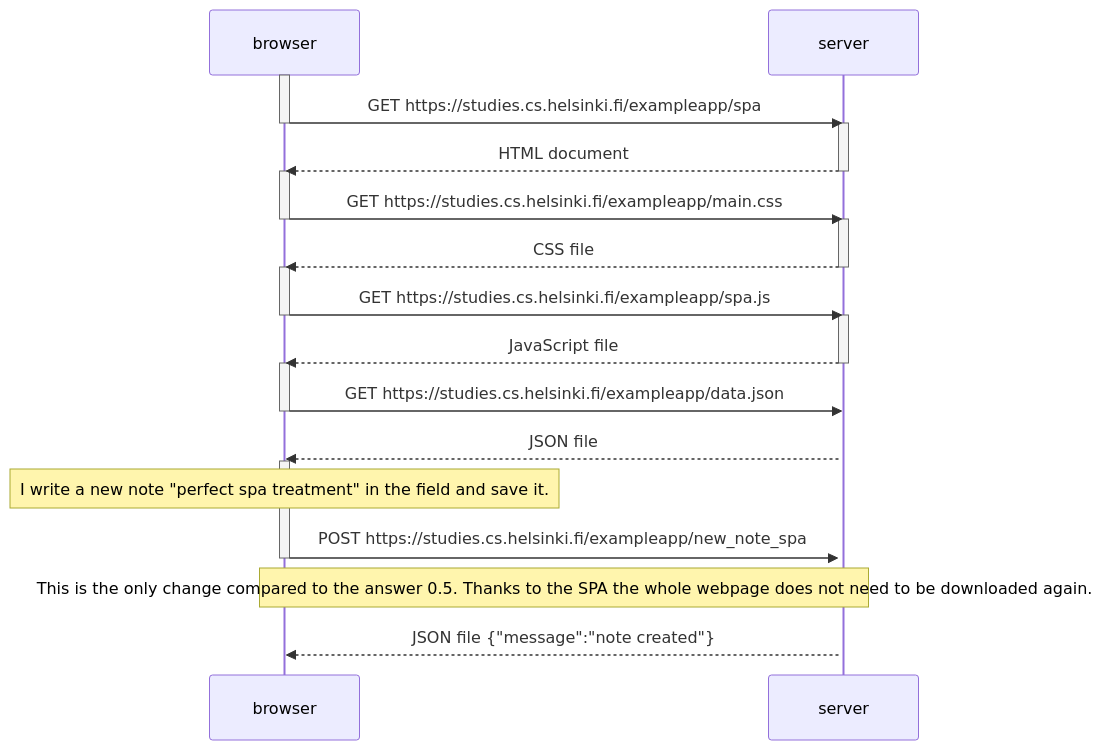
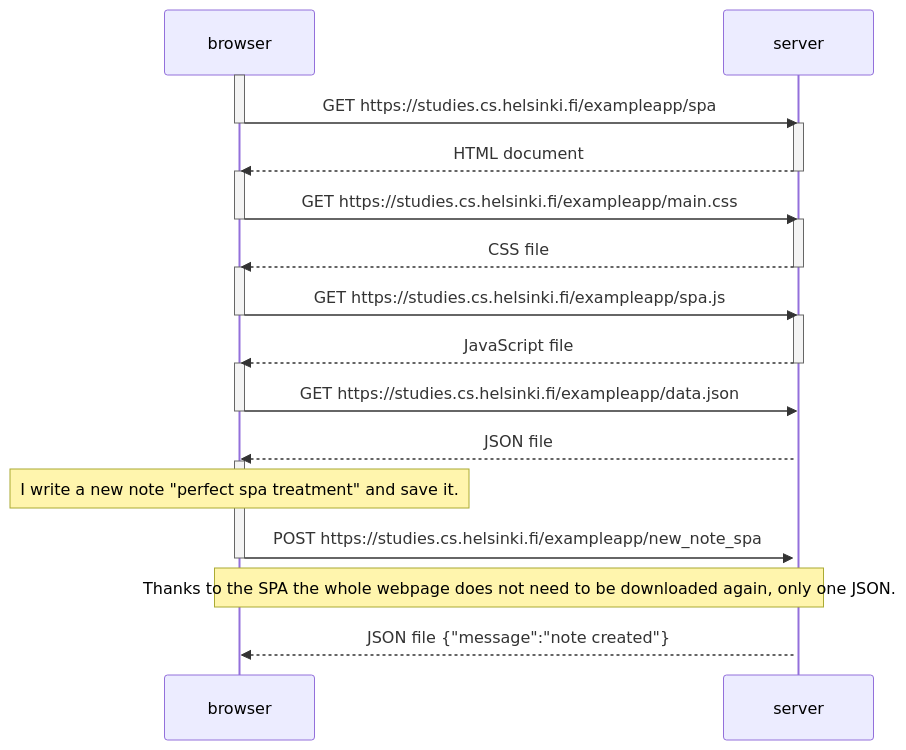
One commit to TegelVee/Fullstack_exerciserepo changed the diagram in osa0/0.6-sequencechart.md. Above: the diagram before and after it, drawn with Mermaid.

````diff
--- a/osa0/0.6-sequencechart.md
+++ b/osa0/0.6-sequencechart.md
@@ -5,39 +5,39 @@
 ```mermaid
 sequenceDiagram
   participant browser
   participant server
   activate browser
   browser->>server: GET https://studies.cs.helsinki.fi/exampleapp/spa
   deactivate browser
   activate server
   server-->>browser: HTML document
   deactivate server
 
   activate browser
   browser->>server: GET https://studies.cs.helsinki.fi/exampleapp/main.css
   deactivate browser
   activate server
   server-->>browser: CSS file
   deactivate server
 
   activate browser
   browser->>server: GET https://studies.cs.helsinki.fi/exampleapp/spa.js
   deactivate browser
   activate server
   server-->>browser: JavaScript file
   deactivate server
 
   activate browser
   browser->>server: GET https://studies.cs.helsinki.fi/exampleapp/data.json
   deactivate browser
   activate server
   server-->>browser: JSON file
 
   activate browser
-  Note over browser: I write a new note "perfect spa treatment" in the field and save it.
+  Note over browser: I write a new note "perfect spa treatment" and save it.
   browser->>server: POST https://studies.cs.helsinki.fi/exampleapp/new_note_spa
   deactivate browser
   activate server
-  Note over server,browser: This is the only change compared to the answer 0.5. Thanks to the SPA the whole webpage does not need to be downloaded again.
+  Note over server,browser: Thanks to the SPA the whole webpage does not need to be downloaded again, only one JSON.
   server-->>browser: JSON file {"message":"note created"}
 ```
````
